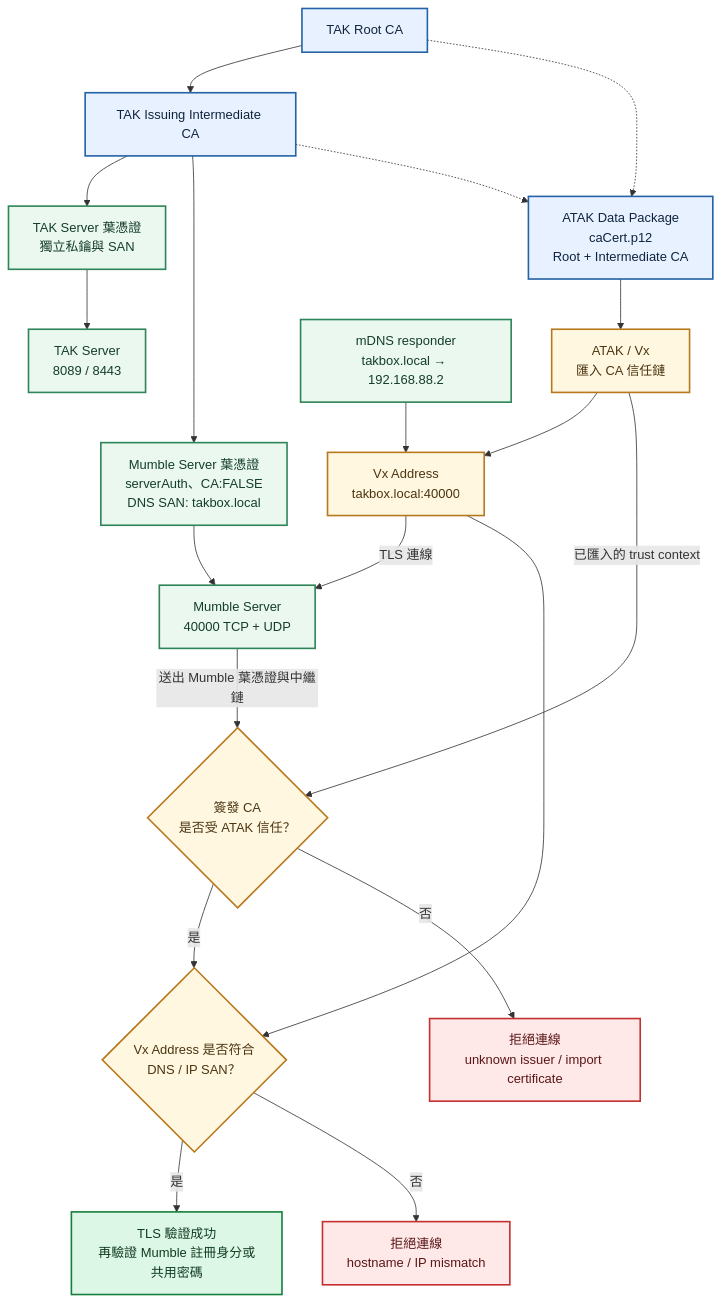
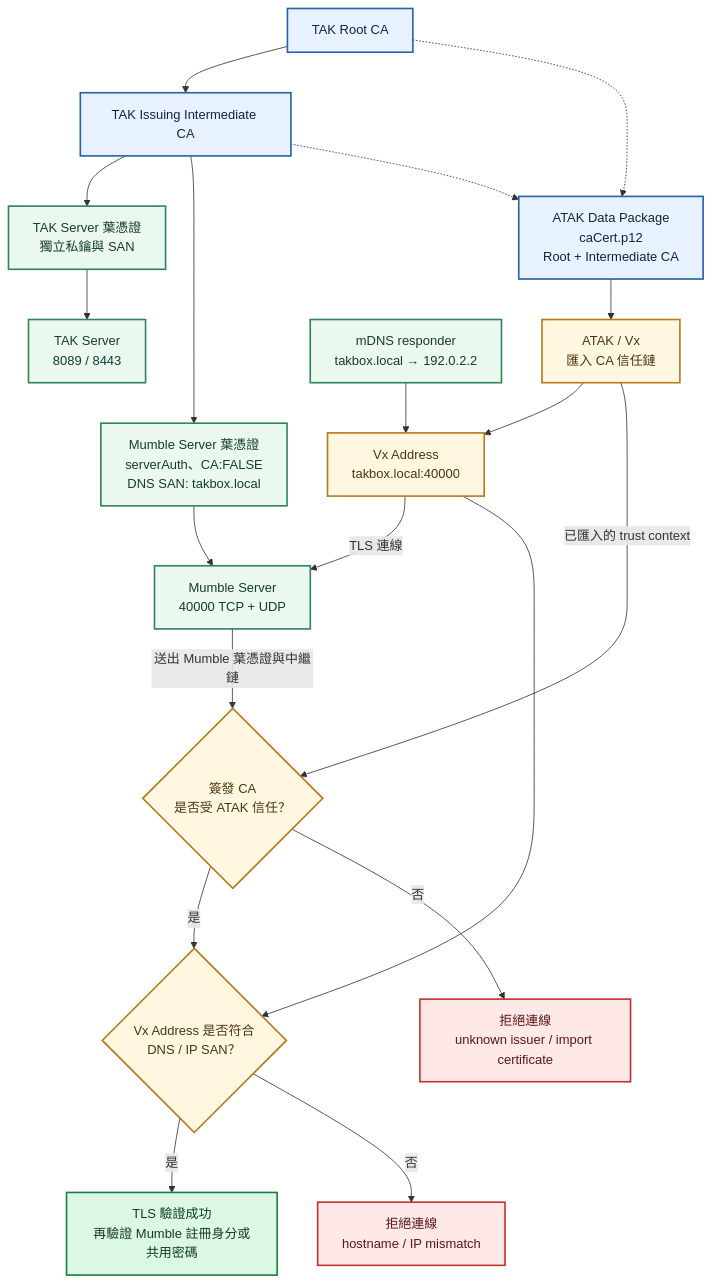
The diagram in docs/security/certificates.md (swim-fish/tak-server-docker), drawn with Mermaid before and after one commit. The commit also changed other lines of this file and 30 other files, not shown here.

````diff
--- a/docs/security/certificates.md
+++ b/docs/security/certificates.md
@@ -41,39 +43,39 @@
 ```mermaid
 flowchart TB
     ROOT["TAK Root CA"] --> ICA["TAK Issuing Intermediate CA"]
 
     ICA --> TAKCERT["TAK Server 葉憑證<br/>獨立私鑰與 SAN"]
     ICA --> MUMCERT["Mumble Server 葉憑證<br/>serverAuth、CA:FALSE<br/>DNS SAN: takbox.local"]
 
     TAKCERT --> TAKSERVER["TAK Server<br/>8089 / 8443"]
     MUMCERT --> MUMBLE["Mumble Server<br/>40000 TCP + UDP"]
 
     ROOT -.-> CAP12["ATAK Data Package<br/>caCert.p12<br/>Root + Intermediate CA"]
     ICA -.-> CAP12
     CAP12 --> ATAK["ATAK / Vx<br/>匯入 CA 信任鏈"]
 
-    MDNS["mDNS responder<br/>takbox.local → 192.168.88.2"] --> ADDRESS["Vx Address<br/>takbox.local:40000"]
+    MDNS["mDNS responder<br/>takbox.local → 192.0.2.2"] --> ADDRESS["Vx Address<br/>takbox.local:40000"]
     ATAK --> ADDRESS
     ADDRESS -->|"TLS 連線"| MUMBLE
 
     MUMBLE -->|"送出 Mumble 葉憑證與中繼鏈"| CHAIN{"簽發 CA<br/>是否受 ATAK 信任？"}
     ATAK -->|"已匯入的 trust context"| CHAIN
     CHAIN -->|"是"| SAN{"Vx Address 是否符合<br/>DNS / IP SAN？"}
     ADDRESS --> SAN
     SAN -->|"是"| PASS["TLS 驗證成功<br/>再驗證 Mumble 註冊身分或共用密碼"]
 
     CHAIN -->|"否"| FAILCA["拒絕連線<br/>unknown issuer / import certificate"]
     SAN -->|"否"| FAILSAN["拒絕連線<br/>hostname / IP mismatch"]
 
     classDef ca fill:#e8f1ff,stroke:#2563a8,stroke-width:2px,color:#10243e;
     classDef server fill:#eaf8ef,stroke:#2f855a,stroke-width:2px,color:#153d2b;
     classDef client fill:#fff7df,stroke:#b7791f,stroke-width:2px,color:#4b3512;
     classDef success fill:#ddf7e7,stroke:#16803c,stroke-width:2px,color:#103c21;
     classDef failure fill:#ffe8e8,stroke:#c53030,stroke-width:2px,color:#5b1717;
 
     class ROOT,ICA,CAP12 ca;
     class TAKCERT,MUMCERT,TAKSERVER,MUMBLE,MDNS server;
     class ATAK,ADDRESS,CHAIN,SAN client;
     class PASS success;
     class FAILCA,FAILSAN failure;
 ```
````
